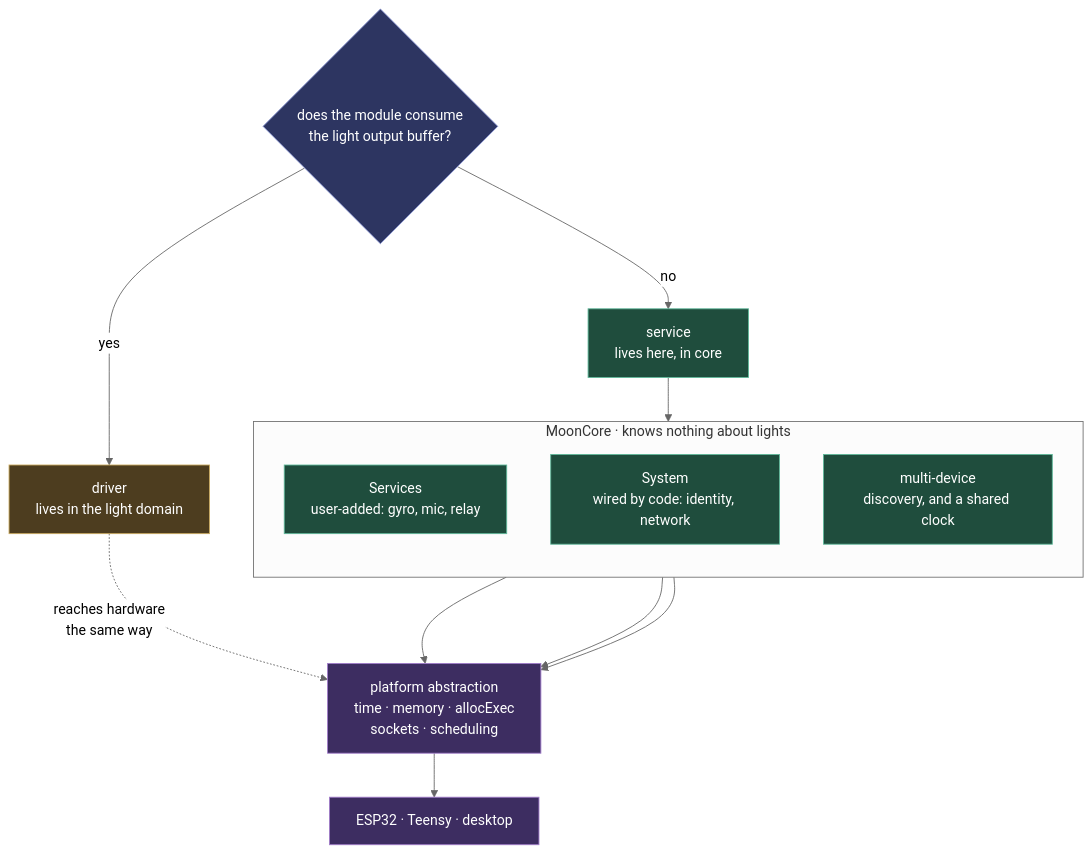
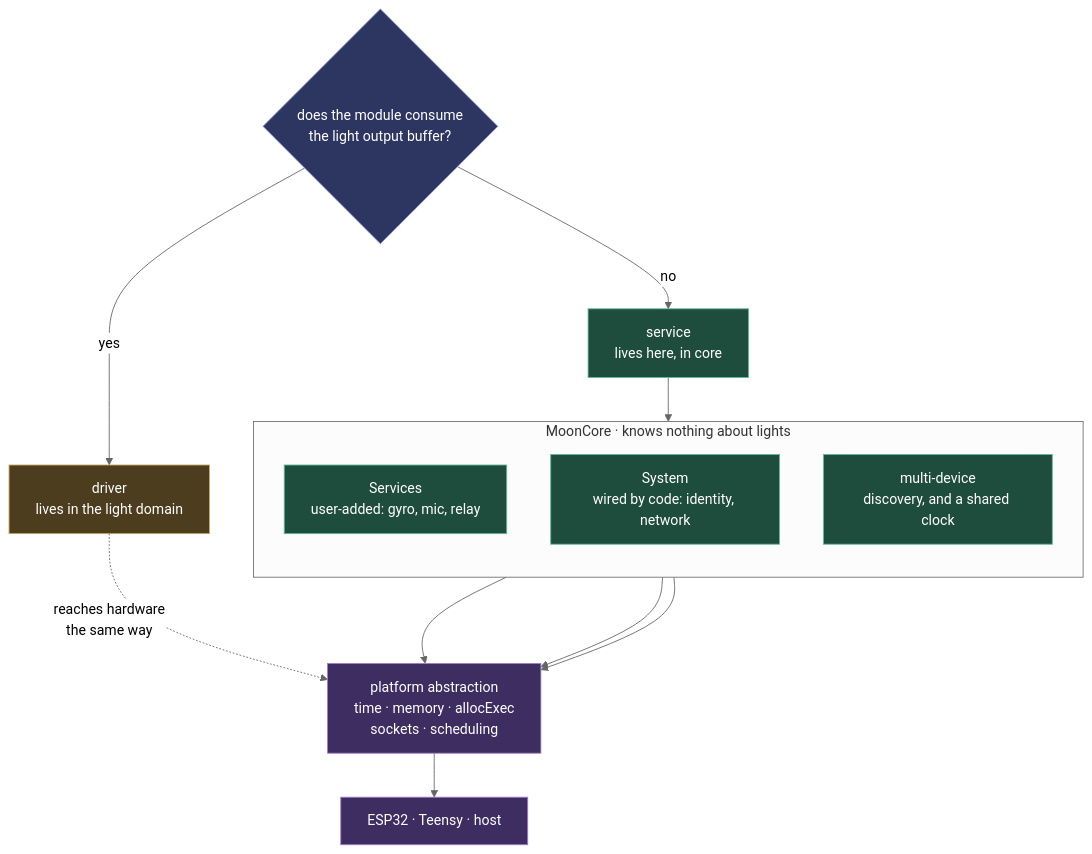
The diagram in docs/explanation/architecture/mooncore.md (MoonModules/MoonLight), drawn with Mermaid (neutral theme) before and after one commit. The commit also changed other lines of this file and 94 other files, not shown here.

````diff
--- a/docs/explanation/architecture/mooncore.md
+++ b/docs/explanation/architecture/mooncore.md
@@ -7,35 +7,35 @@
 ```mermaid
 flowchart TB
     q{"does the module consume<br/>the light output buffer?"}
     drv["driver<br/>lives in the light domain"]
     svc["service<br/>lives here, in core"]
 
     q -->|"yes"| drv
     q -->|"no"| svc
 
     subgraph core["MoonCore · knows nothing about lights"]
         direction TB
         services["Services<br/>user-added: gyro, mic, relay"]
         system["System<br/>wired by code: identity, network"]
         multi["multi-device<br/>discovery, and a shared clock"]
     end
 
     plat["platform abstraction<br/>time · memory · allocExec<br/>sockets · scheduling"]
-    hw["ESP32 · Teensy · desktop"]
+    hw["ESP32 · Teensy · host"]
 
     svc --> services
     services --> plat
     system --> plat
     multi --> plat
     drv -.->|"reaches hardware<br/>the same way"| plat
     plat --> hw
 
     classDef ask fill:#2d3561,stroke:#7b88c9,color:#fff
     classDef light fill:#4d3d1f,stroke:#c9a95f,color:#fff
     classDef neutral fill:#1f4d3d,stroke:#5fb89a,color:#fff
     classDef seam fill:#3d2d61,stroke:#a07bc9,color:#fff
     class q ask
     class drv light
     class svc,services,system,multi neutral
     class plat,hw seam
 ```
````
